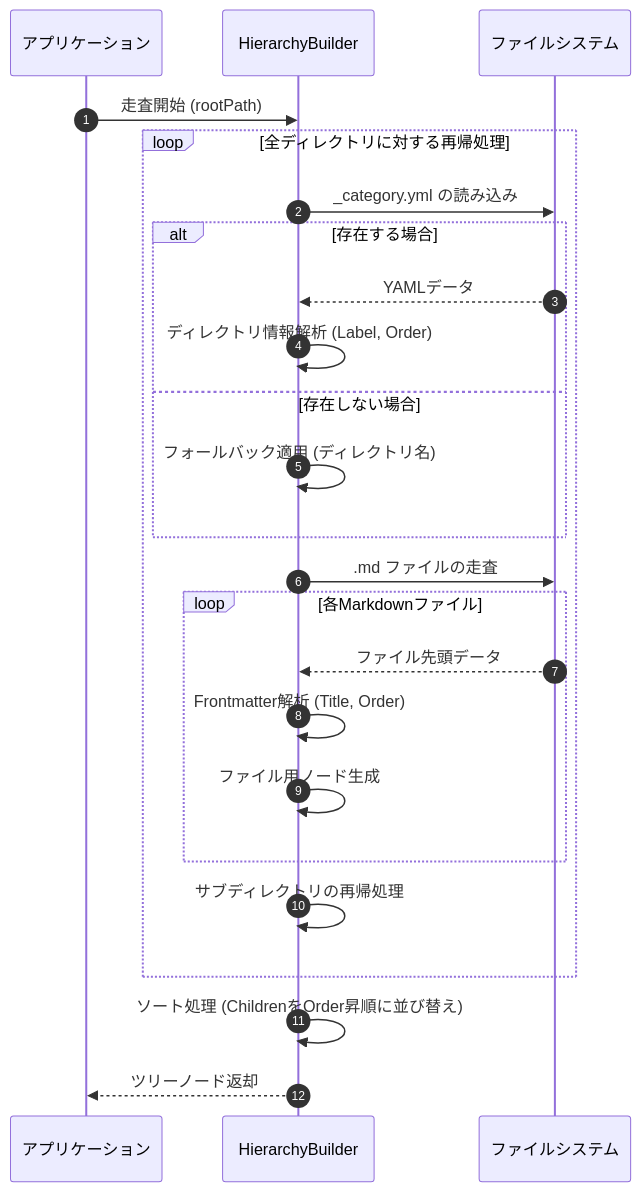
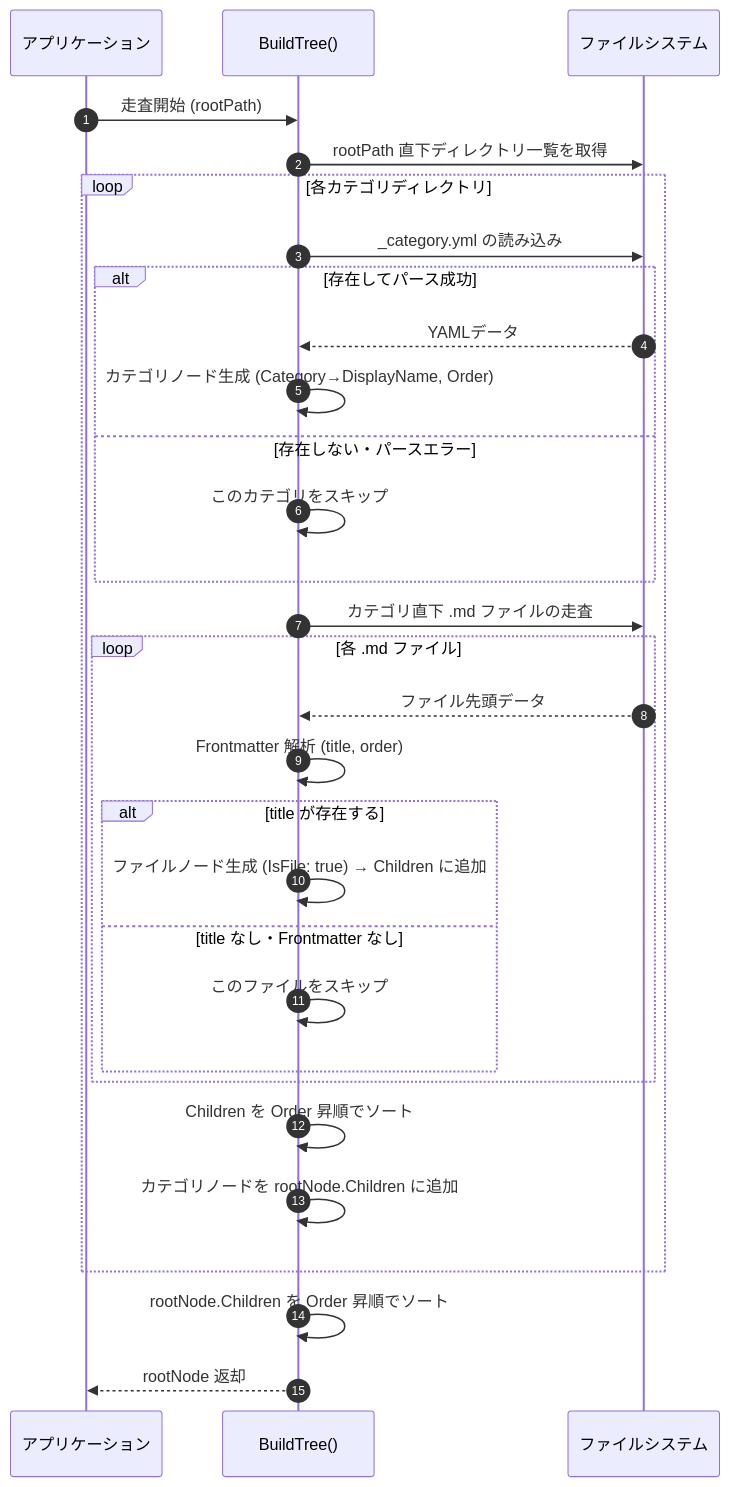
The diagram in design.md (tsubame-rustica/gomd), drawn with Mermaid before and after one commit. The commit also changed other lines of this file, not shown here.

````diff
--- a/design.md
+++ b/design.md
@@ -45,30 +54,37 @@
 ```mermaid
 sequenceDiagram
     autonumber
     participant App as アプリケーション
-    participant Builder as HierarchyBuilder
+    participant BuildTree as BuildTree()
     participant FS as ファイルシステム
 
-    App->>Builder: 走査開始 (rootPath)
-    loop 全ディレクトリに対する再帰処理
-        Builder->>FS: _category.yml の読み込み
-        alt 存在する場合
-            FS-->>Builder: YAMLデータ
-            Builder->>Builder: ディレクトリ情報解析 (Label, Order)
-        else 存在しない場合
-            Builder->>Builder: フォールバック適用 (ディレクトリ名)
+    App->>BuildTree: 走査開始 (rootPath)
+    BuildTree->>FS: rootPath 直下ディレクトリ一覧を取得
+
+    loop 各カテゴリディレクトリ
+        BuildTree->>FS: _category.yml の読み込み
+        alt 存在してパース成功
+            FS-->>BuildTree: YAMLデータ
+            BuildTree->>BuildTree: カテゴリノード生成 (Category→DisplayName, Order)
+        else 存在しない・パースエラー
+            BuildTree->>BuildTree: このカテゴリをスキップ
         end
-        
-        Builder->>FS: .md ファイルの走査
-        loop 各Markdownファイル
-            FS-->>Builder: ファイル先頭データ
-            Builder->>Builder: Frontmatter解析 (Title, Order)
-            Builder->>Builder: ファイル用ノード生成
+
+        BuildTree->>FS: カテゴリ直下 .md ファイルの走査
+        loop 各 .md ファイル
+            FS-->>BuildTree: ファイル先頭データ
+            BuildTree->>BuildTree: Frontmatter 解析 (title, order)
+            alt title が存在する
+                BuildTree->>BuildTree: ファイルノード生成 (IsFile: true) → Children に追加
+            else title なし・Frontmatter なし
+                BuildTree->>BuildTree: このファイルをスキップ
+            end
         end
-        
-        Builder->>Builder: サブディレクトリの再帰処理
+
+        BuildTree->>BuildTree: Children を Order 昇順でソート
+        BuildTree->>BuildTree: カテゴリノードを rootNode.Children に追加
     end
-    
-    Builder->>Builder: ソート処理 (ChildrenをOrder昇順に並び替え)
-    Builder-->>App: ツリーノード返却
+
+    BuildTree->>BuildTree: rootNode.Children を Order 昇順でソート
+    BuildTree-->>App: rootNode 返却
 ```
````
